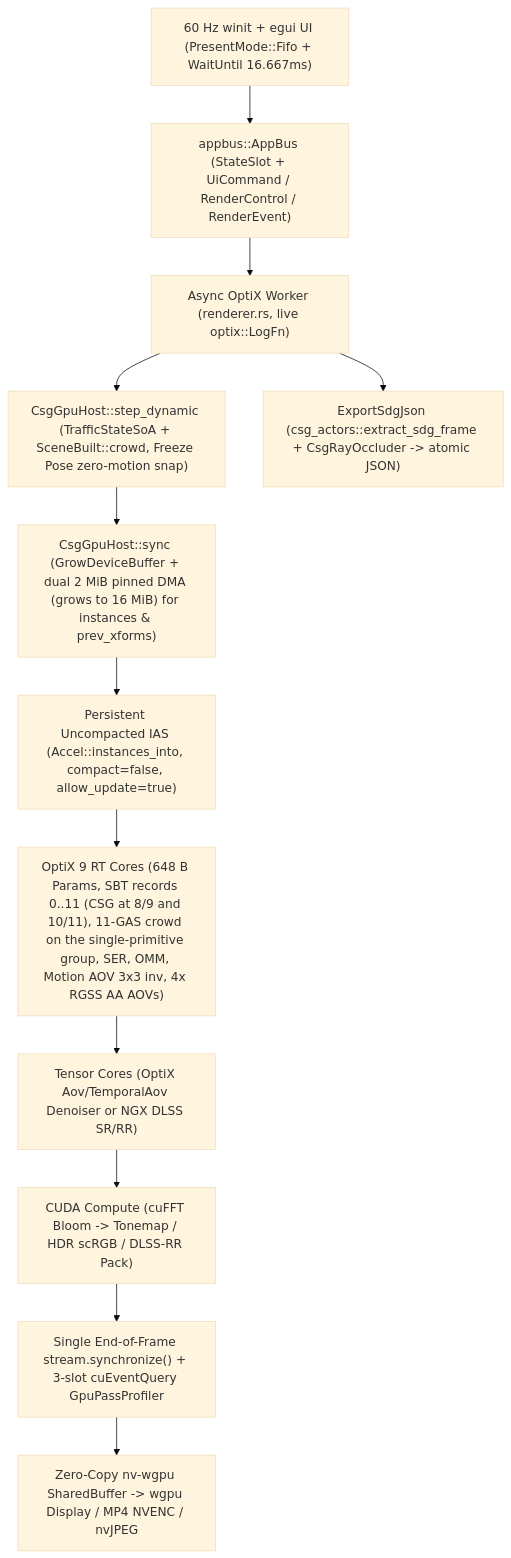
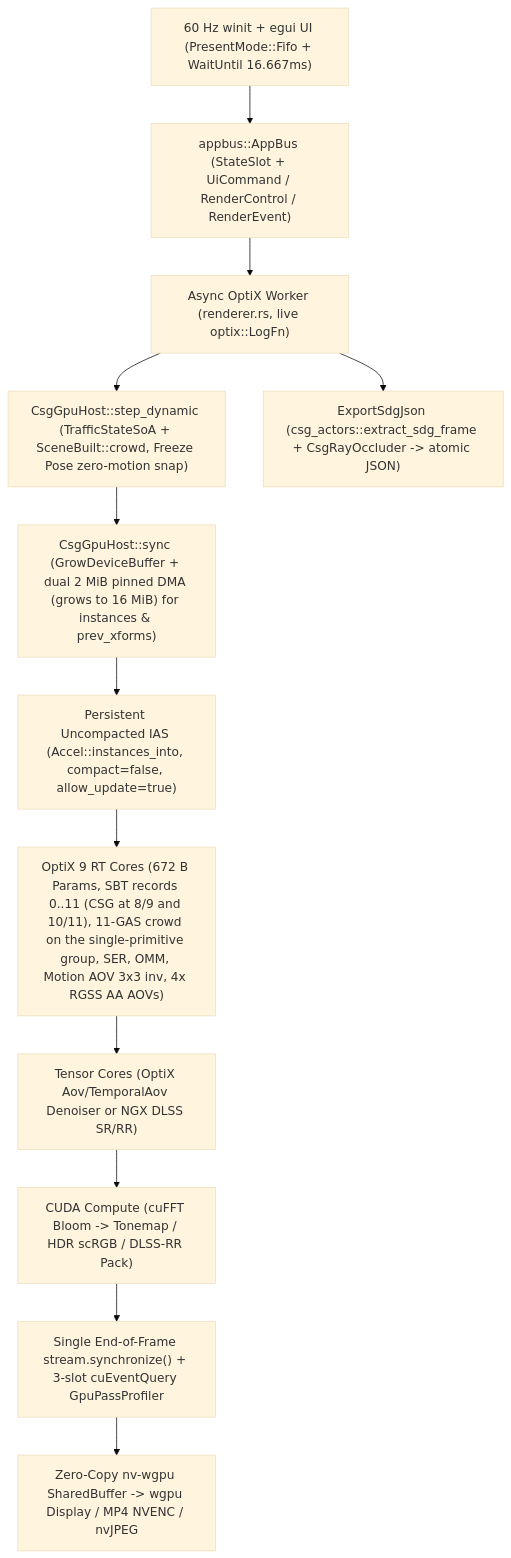
Before and after one commit to ssoj13/nv-rs: the fourth of 8 diagrams in DIAGRAMS.md, drawn with Mermaid (base theme). The commit also changed 6 other files, not shown here.

````diff
--- a/DIAGRAMS.md
+++ b/DIAGRAMS.md
@@ -75,14 +75,14 @@
 ```mermaid
 flowchart TD
   UI["60 Hz winit + egui UI (PresentMode::Fifo + WaitUntil 16.667ms)"] --> Bus["appbus::AppBus (StateSlot + UiCommand / RenderControl / RenderEvent)"]
   Bus --> Worker["Async OptiX Worker (renderer.rs, live optix::LogFn)"]
   Worker --> Step["CsgGpuHost::step_dynamic (TrafficStateSoA + SceneBuilt::crowd, Freeze Pose zero-motion snap)"]
   Step --> Sync["CsgGpuHost::sync (GrowDeviceBuffer + dual 2 MiB pinned DMA (grows to 16 MiB) for instances & prev_xforms)"]
   Sync --> IAS["Persistent Uncompacted IAS (Accel::instances_into, compact=false, allow_update=true)"]
-  IAS --> RT["OptiX 9 RT Cores (648 B Params, SBT records 0..11 (CSG at 8/9 and 10/11), 11-GAS crowd on the single-primitive group, SER, OMM, Motion AOV 3x3 inv, 4x RGSS AA AOVs)"]
+  IAS --> RT["OptiX 9 RT Cores (672 B Params, SBT records 0..11 (CSG at 8/9 and 10/11), 11-GAS crowd on the single-primitive group, SER, OMM, Motion AOV 3x3 inv, 4x RGSS AA AOVs)"]
   RT --> Tensor["Tensor Cores (OptiX Aov/TemporalAov Denoiser or NGX DLSS SR/RR)"]
   Tensor --> Post["CUDA Compute (cuFFT Bloom -> Tonemap / HDR scRGB / DLSS-RR Pack)"]
   Post --> Fence["Single End-of-Frame stream.synchronize() + 3-slot cuEventQuery GpuPassProfiler"]
   Fence --> Present["Zero-Copy nv-wgpu SharedBuffer -> wgpu Display / MP4 NVENC / nvJPEG"]
   Worker --> SDG["ExportSdgJson (csg_actors::extract_sdg_frame + CsgRayOccluder -> atomic JSON)"]
 ```
````
